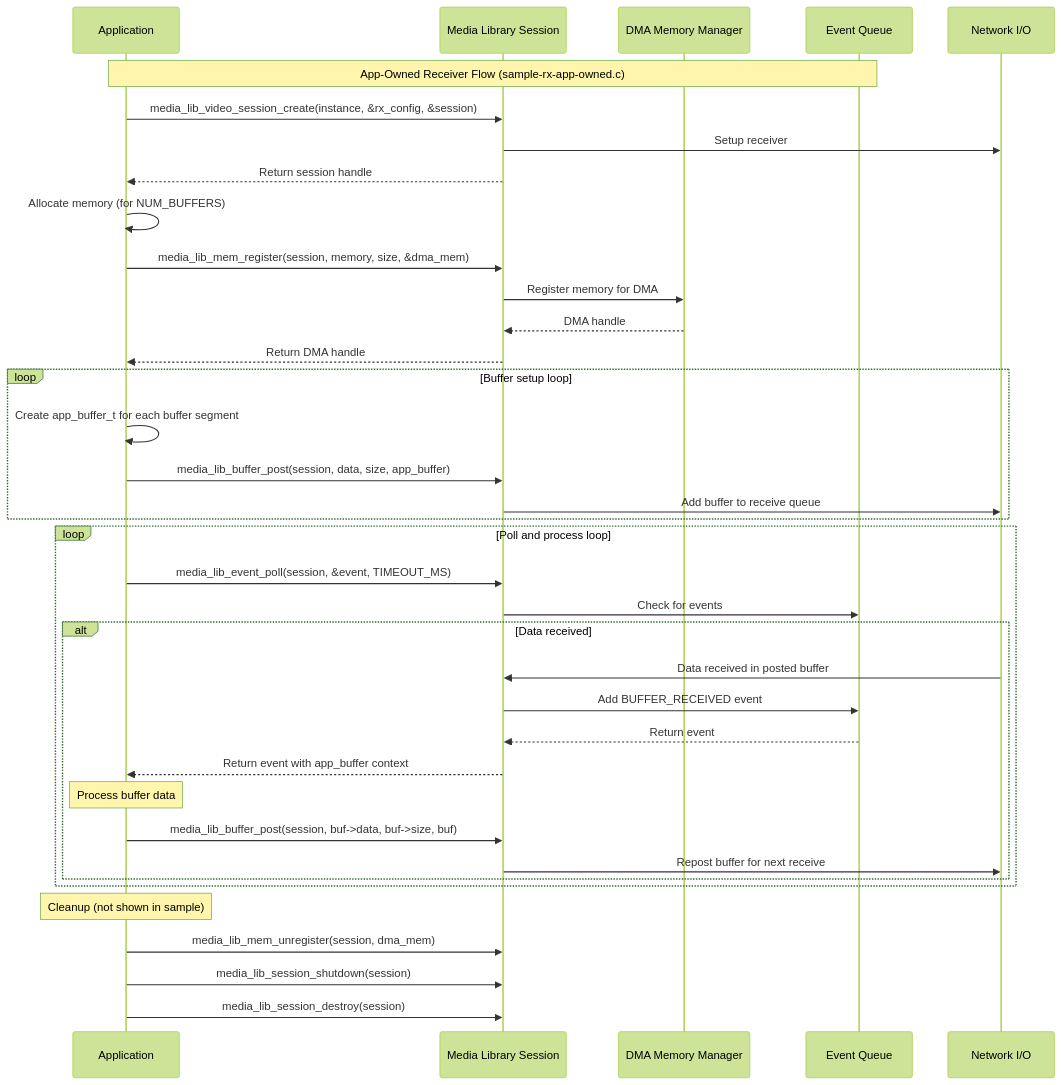
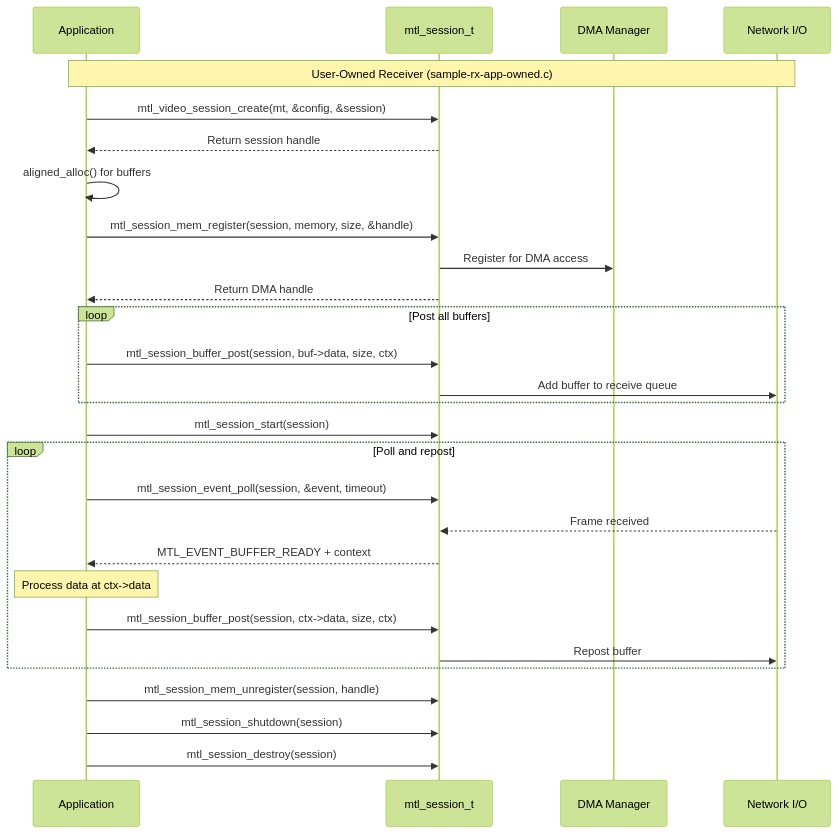
One commit to OpenVisualCloud/Media-Transport-Library changed the third of 8 diagrams in doc/new_API/samples/diagrams.md. Above: the diagram before and after it, drawn with Mermaid (forest theme). The commit also changed other lines of this file and 13 other files, not shown here.

````diff
--- a/doc/new_API/samples/diagrams.md
+++ b/doc/new_API/samples/diagrams.md
@@ -74,49 +72,39 @@
 ```mermaid
 sequenceDiagram
     participant App as Application
-    participant Session as Media Library Session
-    participant DMA as DMA Memory Manager
-    participant Events as Event Queue
+    participant Session as mtl_session_t
+    participant DMA as DMA Manager
     participant Network as Network I/O
     
-    Note over App,Events: App-Owned Receiver Flow (sample-rx-app-owned.c)
+    Note over App,Network: User-Owned Receiver (sample-rx-app-owned.c)
     
-    App->>Session: media_lib_video_session_create(instance, &rx_config, &session)
-    Session->>Network: Setup receiver
+    App->>Session: mtl_video_session_create(mt, &config, &session)
     Session-->>App: Return session handle
     
-    App->>App: Allocate memory (for NUM_BUFFERS)
-    App->>Session: media_lib_mem_register(session, memory, size, &dma_mem)
-    Session->>DMA: Register memory for DMA
-    DMA-->>Session: DMA handle
+    App->>App: aligned_alloc() for buffers
+    App->>Session: mtl_session_mem_register(session, memory, size, &handle)
+    Session->>DMA: Register for DMA access
     Session-->>App: Return DMA handle
     
-    loop Buffer setup loop
-        App->>App: Create app_buffer_t for each buffer segment
-        App->>Session: media_lib_buffer_post(session, data, size, app_buffer)
+    loop Post all buffers
+        App->>Session: mtl_session_buffer_post(session, buf->data, size, ctx)
         Session->>Network: Add buffer to receive queue
     end
     
-    loop Poll and process loop
-        App->>Session: media_lib_event_poll(session, &event, TIMEOUT_MS)
-        Session->>Events: Check for events
+    App->>Session: mtl_session_start(session)
+    
+    loop Poll and repost
+        App->>Session: mtl_session_event_poll(session, &event, timeout)
+        Network-->>Session: Frame received
+        Session-->>App: MTL_EVENT_BUFFER_READY + context
         
-        alt Data received
-            Network->>Session: Data received in posted buffer
-            Session->>Events: Add BUFFER_RECEIVED event
-            Events-->>Session: Return event
-            Session-->>App: Return event with app_buffer context
-            
-            Note over App: Process buffer data
-            
-            App->>Session: media_lib_buffer_post(session, buf->data, buf->size, buf)
-            Session->>Network: Repost buffer for next receive
-        end
+        Note over App: Process data at ctx->data
+        
+        App->>Session: mtl_session_buffer_post(session, ctx->data, size, ctx)
+        Session->>Network: Repost buffer
     end
     
-    Note over App: Cleanup (not shown in sample)
-    App->>Session: media_lib_mem_unregister(session, dma_mem)
-    App->>Session: media_lib_session_shutdown(session)
-    App->>Session: media_lib_session_destroy(session)
-
+    App->>Session: mtl_session_mem_unregister(session, handle)
+    App->>Session: mtl_session_shutdown(session)
+    App->>Session: mtl_session_destroy(session)
 ```
````
